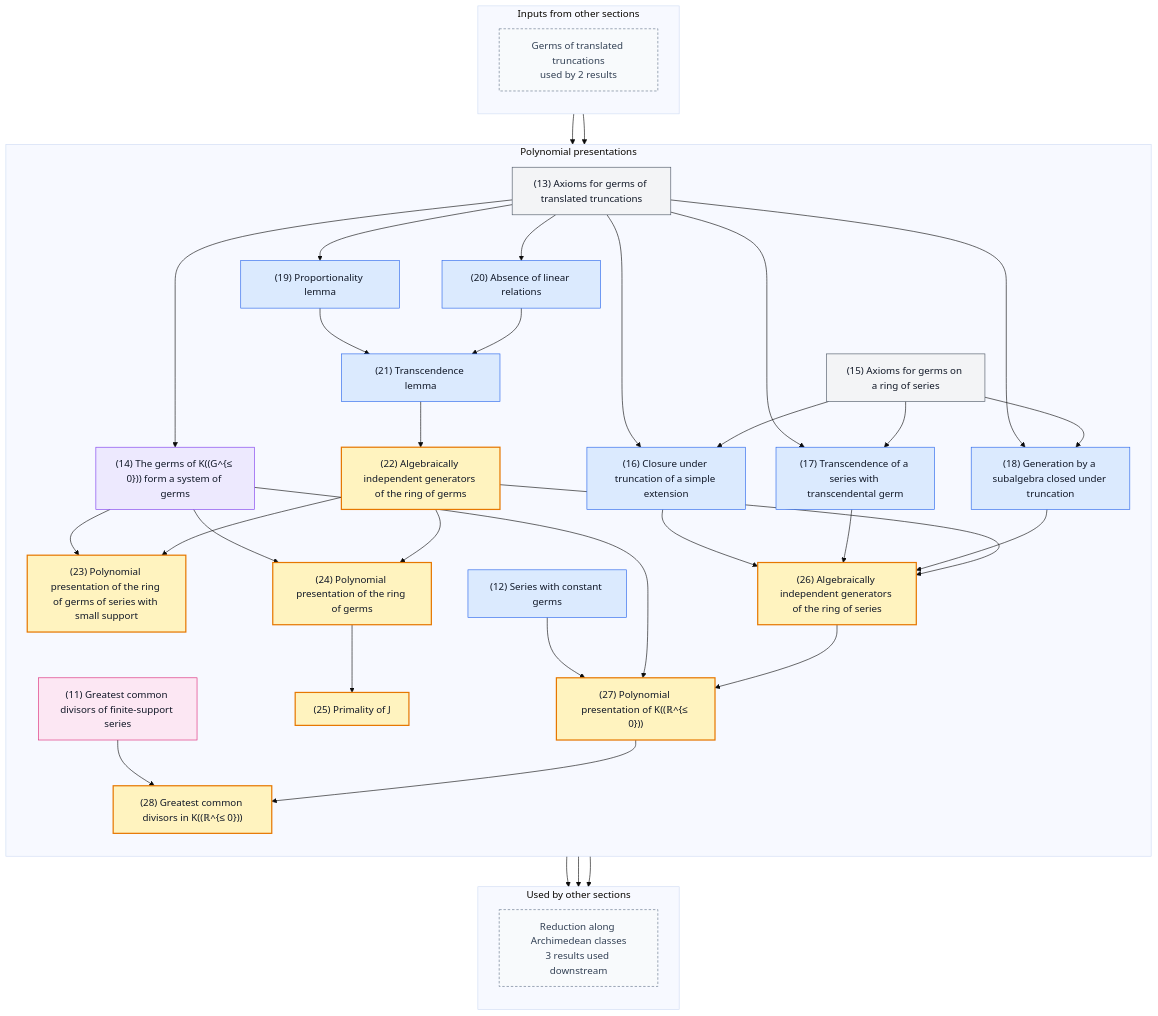
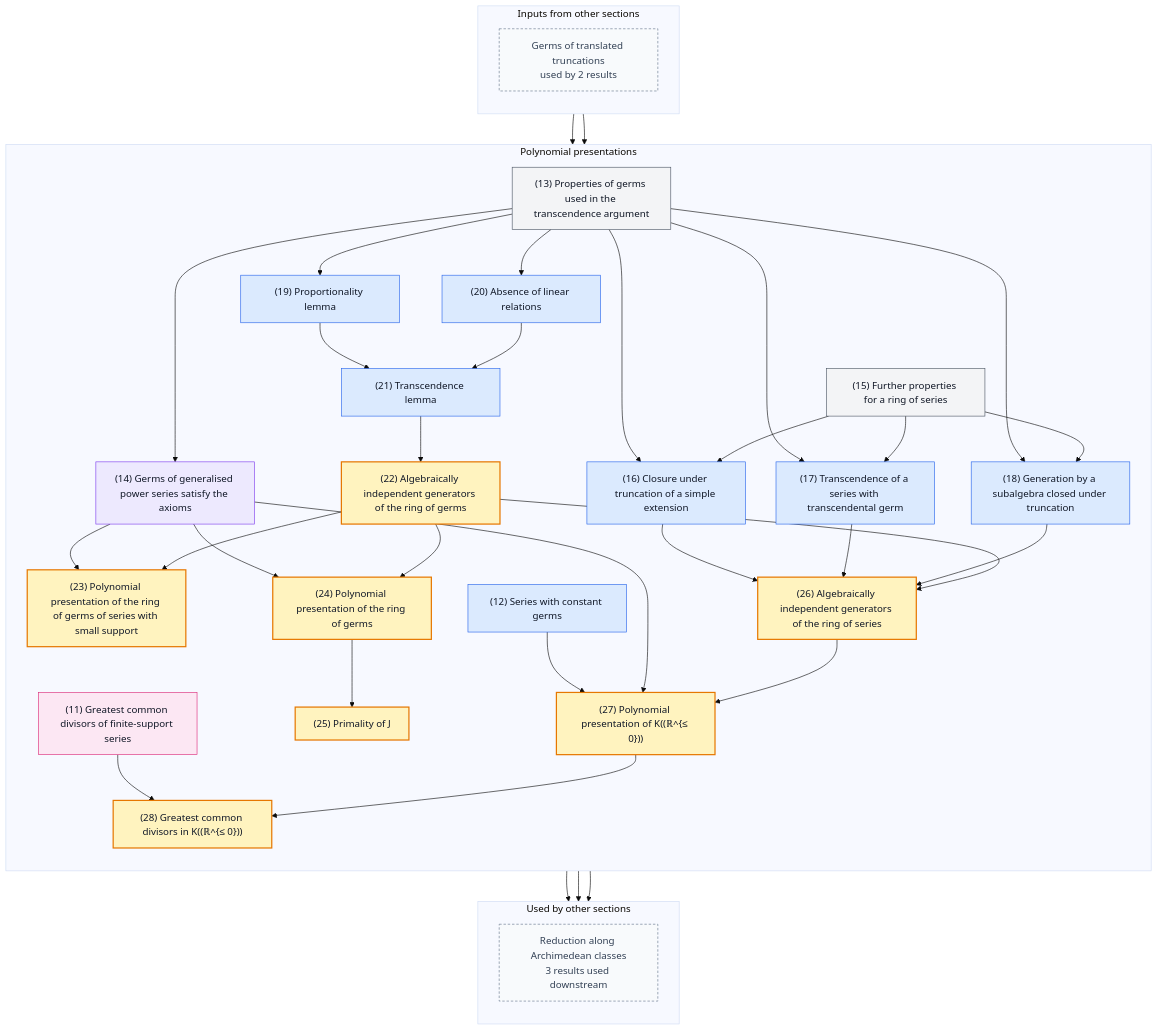
Before and after one commit to gaearon/conway-refinement: the fourth of 6 diagrams in README.md, drawn with Mermaid (base theme). The commit also changed 9 other files, not shown here.

First line of the commit message:
Replace the phrase "system of germs" by the numbered germ properties; refine attributions

```diff
--- a/README.md
+++ b/README.md
@@ -295,9 +295,9 @@
     direction TB
     n011["(11) Greatest common divisors of finite-support series"]:::fact
     n012["(12) Series with constant germs"]:::lemma
-    n013["(13) Axioms for germs of translated truncations"]:::definition
-    n014["(14) The germs of K((G^{≤ 0})) form a system of germs"]:::proposition
-    n015["(15) Axioms for germs on a ring of series"]:::definition
+    n013["(13) Properties of germs used in the transcendence argument"]:::definition
+    n014["(14) Germs of generalised power series satisfy the axioms"]:::proposition
+    n015["(15) Further properties for a ring of series"]:::definition
     n016["(16) Closure under truncation of a simple extension"]:::lemma
     n017["(17) Transcendence of a series with transcendental germ"]:::lemma
     n018["(18) Generation by a subalgebra closed under truncation"]:::lemma
```
